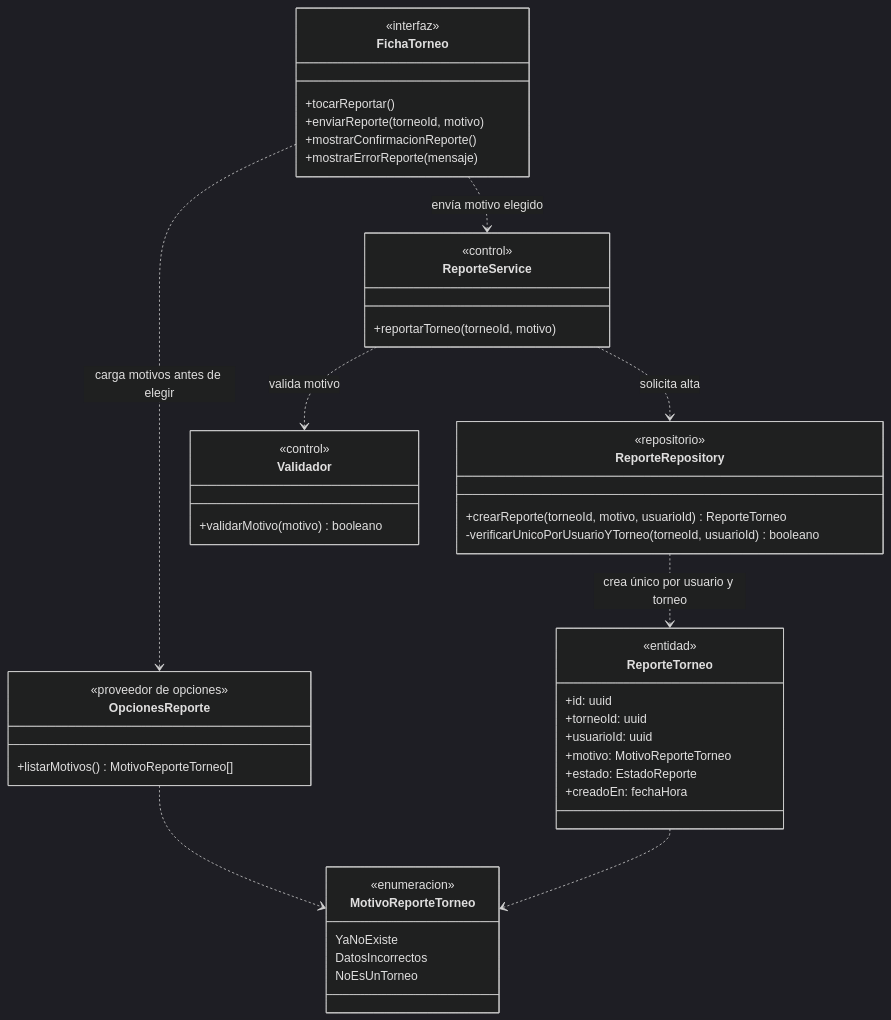
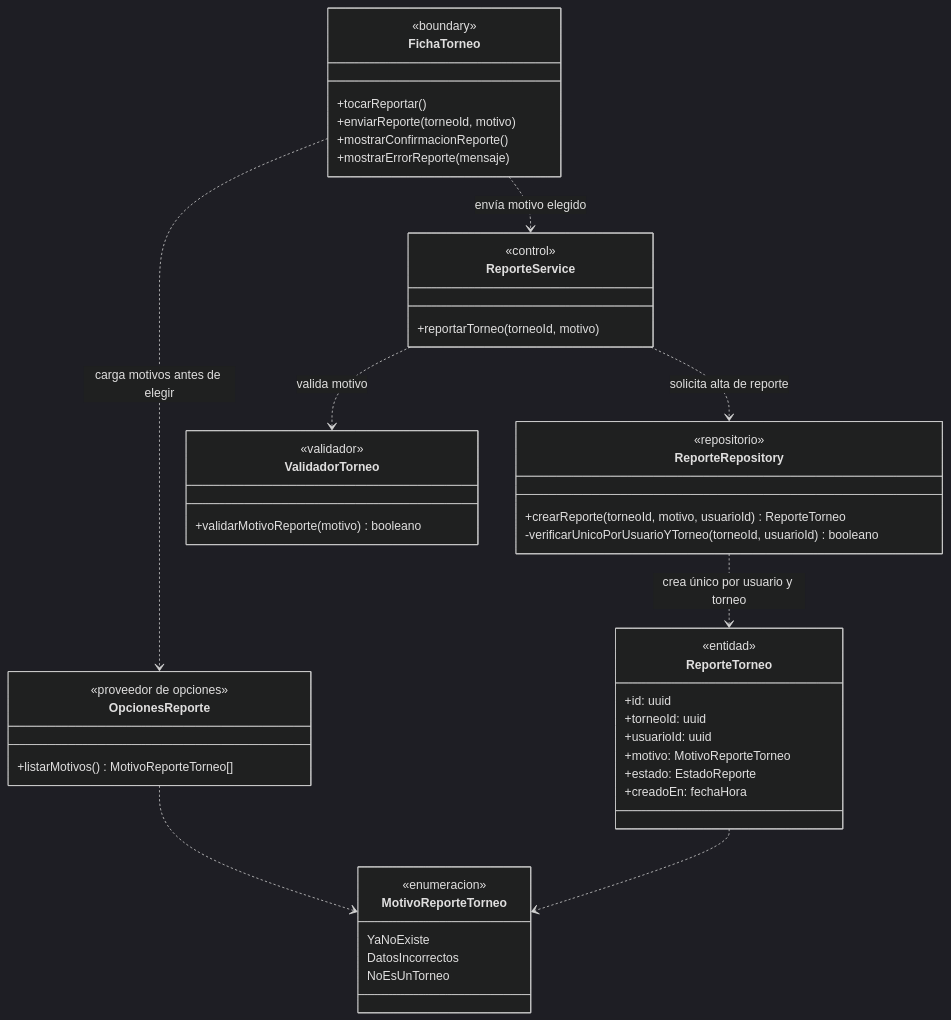
The seventh of 7 diagrams in docs/diagramas-de-clase/catalogo-de-torneos.md (nicqletal/torneos-scraper), drawn with Mermaid (dark theme) before and after one commit. The commit also changed other lines of this file and 12 other files, not shown here.

Commit message:
Correcion Diagramas de Clase

````diff
--- a/docs/diagramas-de-clase/catalogo-de-torneos.md
+++ b/docs/diagramas-de-clase/catalogo-de-torneos.md
@@ -569,50 +460,50 @@
 ```mermaid
 classDiagram
 direction TB
 class FichaTorneo {
-  <<interfaz>>
+  <<boundary>>
   +tocarReportar()
   +enviarReporte(torneoId, motivo)
   +mostrarConfirmacionReporte()
   +mostrarErrorReporte(mensaje)
 }
 class OpcionesReporte {
   <<proveedor de opciones>>
   +listarMotivos() MotivoReporteTorneo[]
 }
 class ReporteService {
   <<control>>
   +reportarTorneo(torneoId, motivo)
 }
-class Validador {
-  <<control>>
-  +validarMotivo(motivo) booleano
+class ValidadorTorneo {
+  <<validador>>
+  +validarMotivoReporte(motivo) booleano
 }
 class ReporteRepository {
   <<repositorio>>
   +crearReporte(torneoId, motivo, usuarioId) ReporteTorneo
   -verificarUnicoPorUsuarioYTorneo(torneoId, usuarioId) booleano
 }
 class ReporteTorneo {
   <<entidad>>
   +id: uuid
   +torneoId: uuid
   +usuarioId: uuid
   +motivo: MotivoReporteTorneo
   +estado: EstadoReporte
   +creadoEn: fechaHora
 }
 class MotivoReporteTorneo {
   <<enumeracion>>
   YaNoExiste
   DatosIncorrectos
   NoEsUnTorneo
 }
 FichaTorneo ..> OpcionesReporte : carga motivos antes de elegir
 FichaTorneo ..> ReporteService : envía motivo elegido
-ReporteService ..> Validador : valida motivo
-ReporteService ..> ReporteRepository : solicita alta
+ReporteService ..> ValidadorTorneo : valida motivo
+ReporteService ..> ReporteRepository : solicita alta de reporte
 ReporteRepository ..> ReporteTorneo : crea único por usuario y torneo
 OpcionesReporte ..> MotivoReporteTorneo
 ReporteTorneo ..> MotivoReporteTorneo
 ```
````
